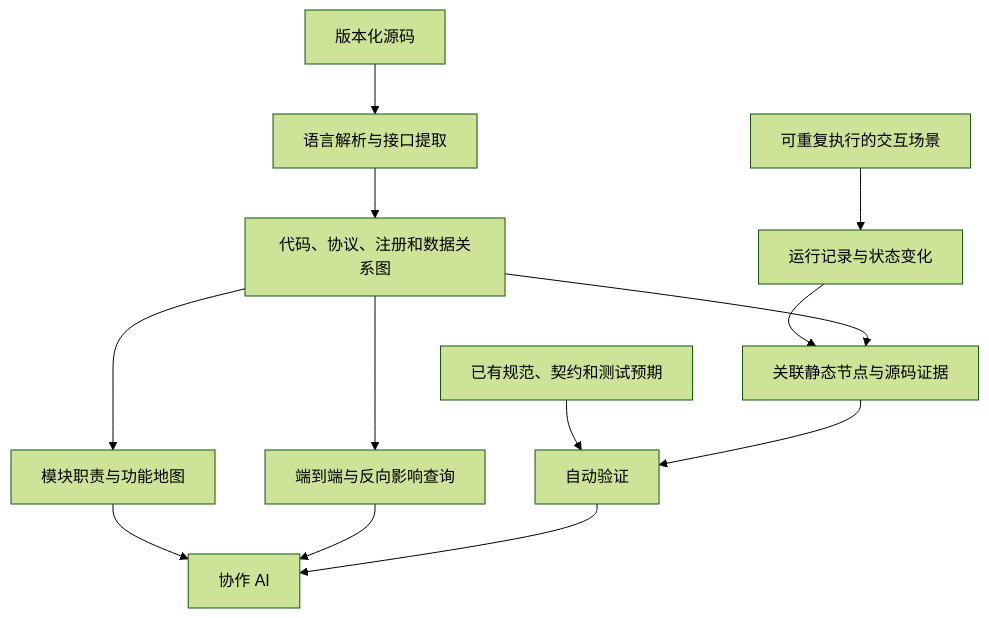
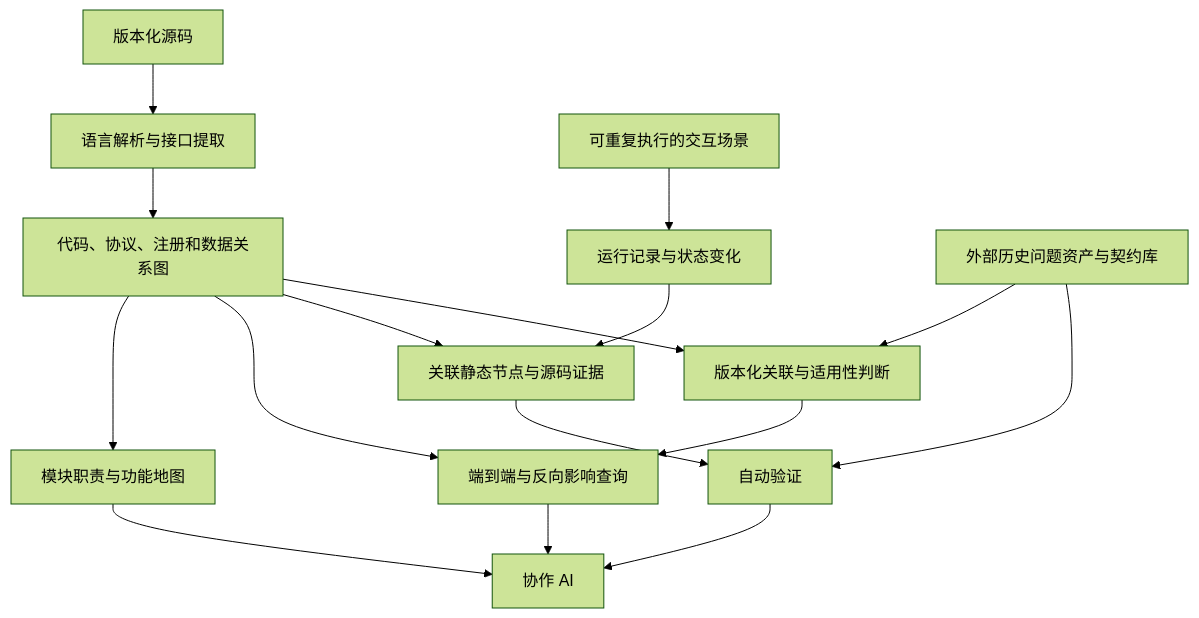
The diagram in README.md (WildPickledPepper/project-map-research), drawn with Mermaid (forest theme) before and after one commit. The commit also changed other lines of this file and 4 other files, not shown here.

````diff
--- a/README.md
+++ b/README.md
@@ -23,15 +26,18 @@
 ```mermaid
 flowchart TD
     S[版本化源码] --> E[语言解析与接口提取]
     E --> G[代码、协议、注册和数据关系图]
     G --> M[模块职责与功能地图]
     G --> Q[端到端与反向影响查询]
     T[可重复执行的交互场景] --> R[运行记录与状态变化]
     R --> A[关联静态节点与源码证据]
     G --> A
-    B[已有规范、契约和测试预期] --> V[自动验证]
+    B[外部历史问题资产与契约库] --> L[版本化关联与适用性判断]
+    G --> L
+    L --> Q
+    B --> V[自动验证]
     A --> V
     M --> AI[协作 AI]
     Q --> AI
     V --> AI
 ```
````
